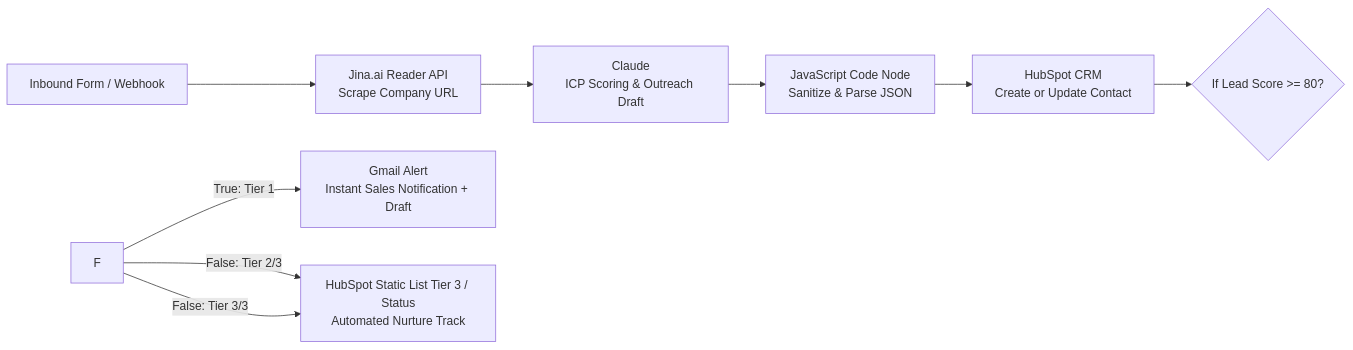
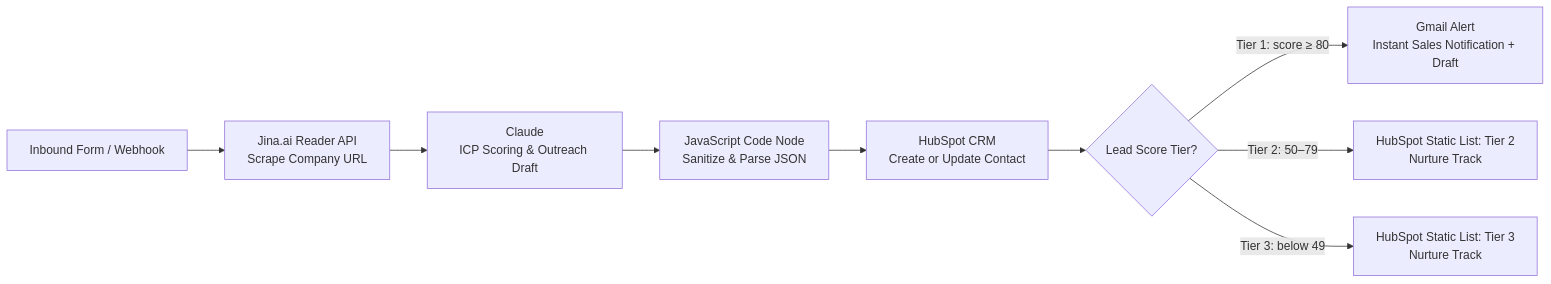
Before and after one commit to jlittle1994/ai-lead-enrichment-routing: the diagram in README.md, drawn with Mermaid.

````diff
--- a/README.md
+++ b/README.md
@@ -25,11 +25,11 @@
 ```mermaid
 flowchart LR
-    A[Inbound Form / Webhook] --> B[Jina.ai Reader API\nScrape Company URL]
-    B --> C[Claude\nICP Scoring & Outreach Draft]
-    C --> D[JavaScript Code Node\nSanitize & Parse JSON]
-    D --> E[HubSpot CRM\nCreate or Update Contact]
-    E --> Switch{If Lead Score >= 80?}
-    F -- True: Tier 1 --> G[Gmail Alert\nInstant Sales Notification + Draft]
-    F -- False: Tier 2/3 --> H[HubSpot Static List Tier 2 / Status\nAutomated Nurture Track]
-    F -- False: Tier 3/3 --> H[HubSpot Static List Tier 3 / Status\nAutomated Nurture Track]
+    A[Inbound Form / Webhook] --> B[Jina.ai Reader API<br>Scrape Company URL]
+    B --> C[Claude<br>ICP Scoring & Outreach Draft]
+    C --> D[JavaScript Code Node<br>Sanitize & Parse JSON]
+    D --> E[HubSpot CRM<br>Create or Update Contact]
+    E --> F{Lead Score Tier?}
+    F -- "Tier 1: score ≥ 80" --> G[Gmail Alert<br>Instant Sales Notification + Draft]
+    F -- "Tier 2: 50–79" --> H[HubSpot Static List: Tier 2<br>Nurture Track]
+    F -- "Tier 3: below 49" --> I[HubSpot Static List: Tier 3<br>Nurture Track]
 ```
````
